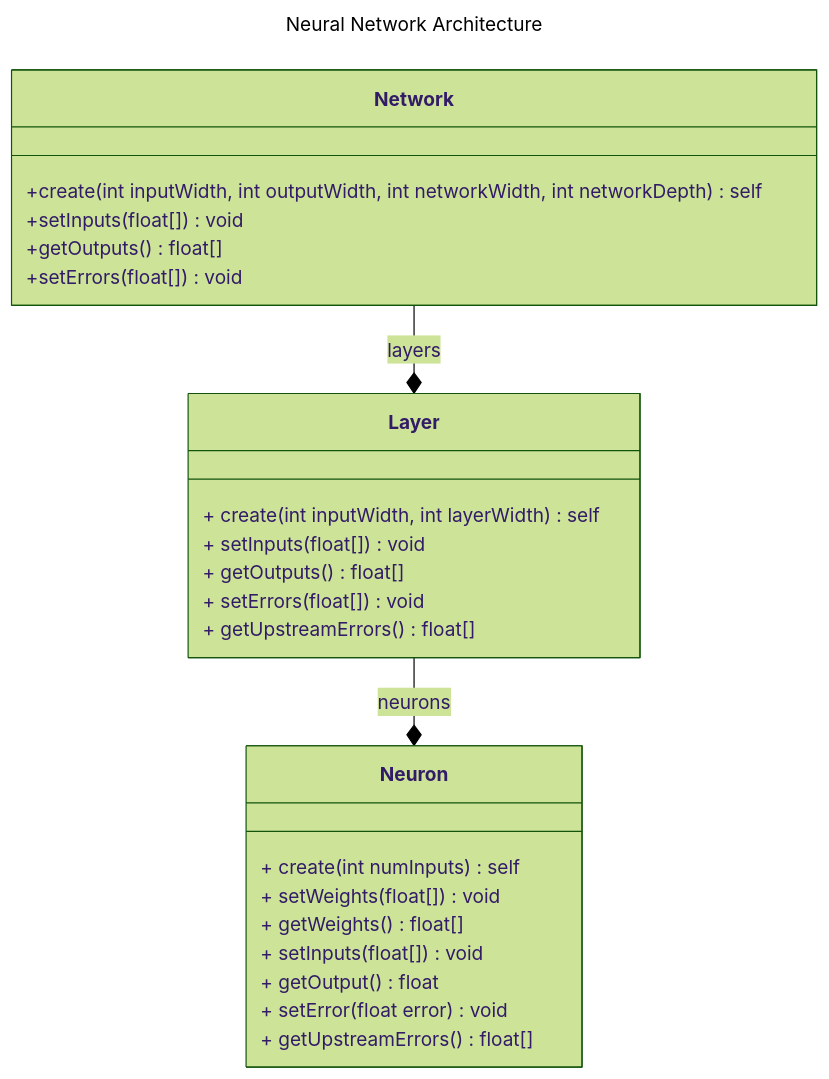
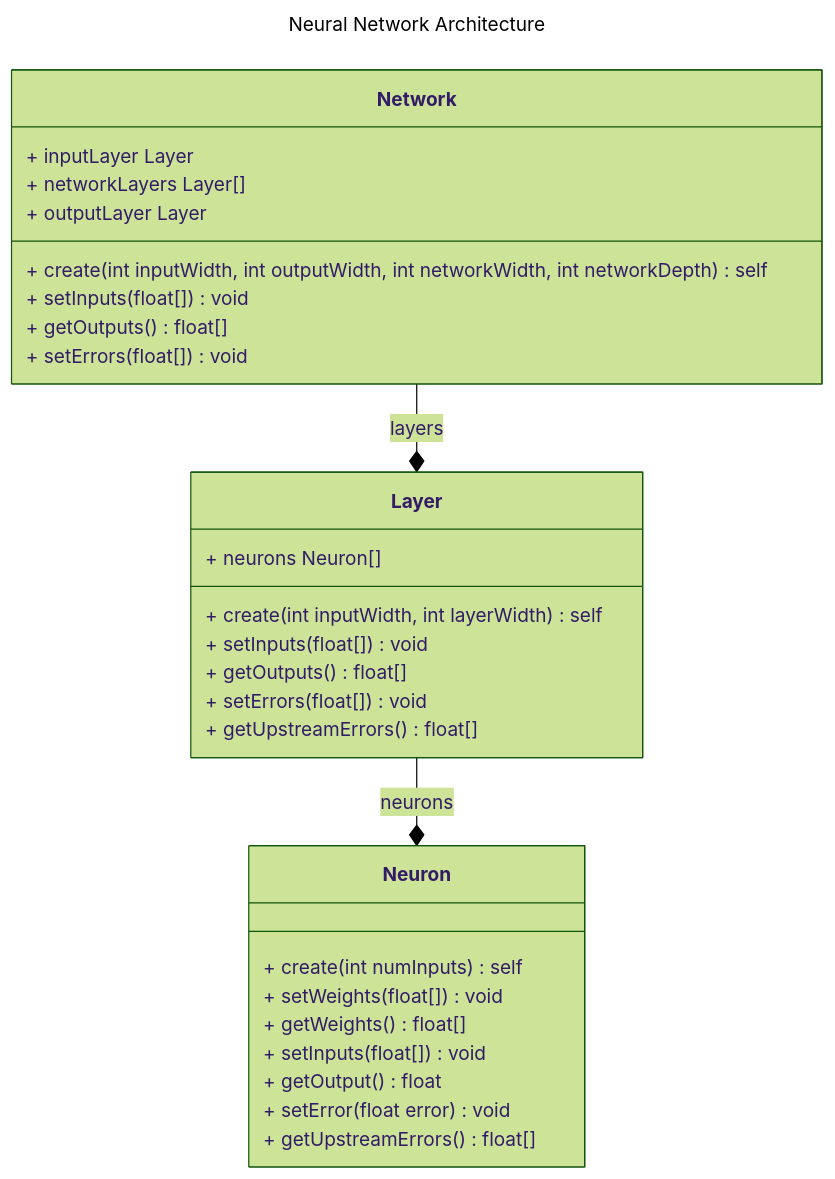
One commit to mficzel/NeuralNetworkPlayground changed the diagram in Readme.md. Above: the diagram before and after it, drawn with Mermaid (forest theme).

````diff
--- a/Readme.md
+++ b/Readme.md
@@ -1,39 +1,43 @@
 ```mermaid
 ---
 title: Neural Network Architecture
 ---
 classDiagram
 
   class Network {
-     +create(int inputWidth, int outputWidth, int networkWidth, int networkDepth) self
+     + inputLayer Layer
+     + networkLayers Layer[]
+     + outputLayer Layer 
+     + create(int inputWidth, int outputWidth, int networkWidth, int networkDepth) self
 
-     +setInputs(float[]) void
-     +getOutputs() float[]
+     + setInputs(float[]) void
+     + getOutputs() float[]
 
-     +setErrors(float[]) void
+     + setErrors(float[]) void
   }
 
   class Layer {
+     + neurons Neuron[]
      + create(int inputWidth, int layerWidth) self
 
      + setInputs(float[]) void
      + getOutputs() float[]
      
      + setErrors(float[]) void
      + getUpstreamErrors() float[]
   }
 
   class Neuron {
      + create(int numInputs) self
      + setWeights(float[]) void
      + getWeights() float[]
      + setInputs(float[]) void
      + getOutput() float
 
      + setError(float error) void
      + getUpstreamErrors() float[]
   }
 
   Network --* Layer : layers
   Layer --* Neuron : neurons
 ```
````
